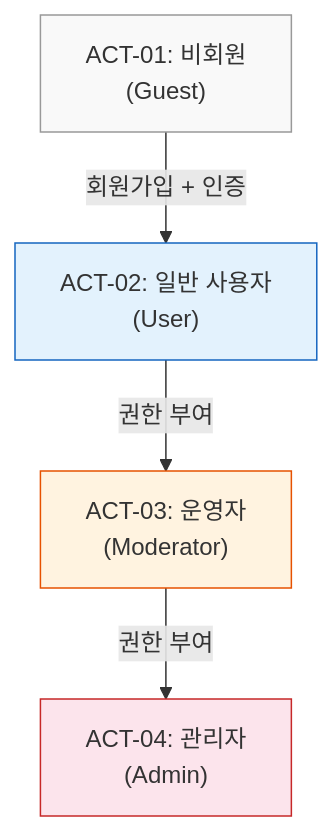
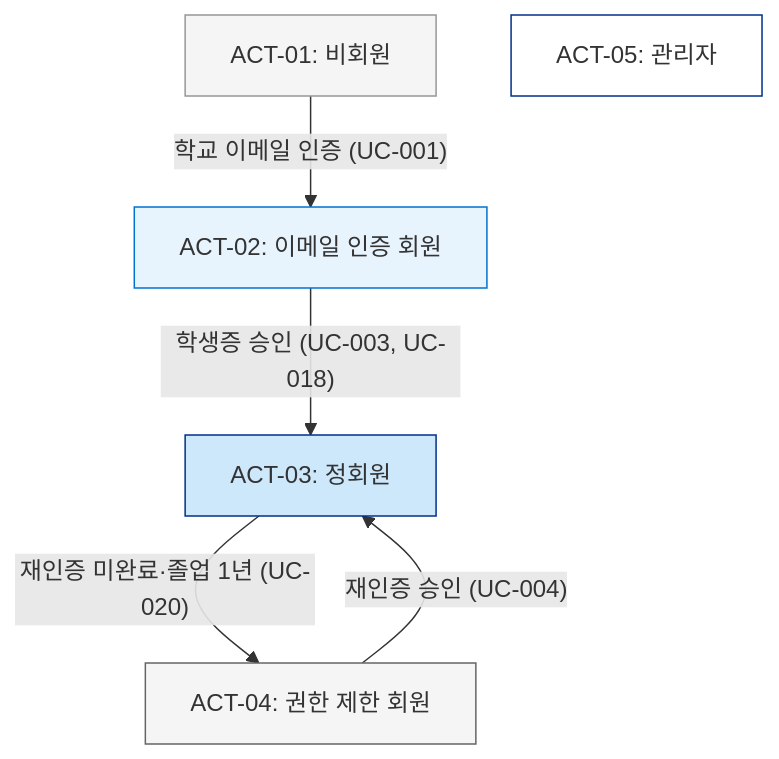
One commit to yuna14742/sookbak-sookbak changed the third of 3 diagrams in waterfall/01-요구사항분석/유스케이스명세서.md. Above: the diagram before and after it, drawn with Mermaid. The commit also changed other lines of this file and 2 other files, not shown here.

````diff
--- a/waterfall/01-요구사항분석/유스케이스명세서.md
+++ b/waterfall/01-요구사항분석/유스케이스명세서.md
@@ -151,16 +162,19 @@
 ```mermaid
 flowchart TB
-    GUEST["ACT-01: 비회원\n(Guest)"]
-    USER["ACT-02: 일반 사용자\n(User)"]
-    MOD["ACT-03: 운영자\n(Moderator)"]
-    ADMIN["ACT-04: 관리자\n(Admin)"]
+    GUEST["ACT-01: 비회원"]
+    EMAIL["ACT-02: 이메일 인증 회원"]
+    MEMBER["ACT-03: 정회원"]
+    RESTRICT["ACT-04: 권한 제한 회원"]
+    ADMIN["ACT-05: 관리자"]
 
-    GUEST -->|"회원가입 + 인증"| USER
-    USER -->|"권한 부여"| MOD
-    MOD -->|"권한 부여"| ADMIN
+    GUEST -->|"학교 이메일 인증 (UC-001)"| EMAIL
+    EMAIL -->|"학생증 승인 (UC-003, UC-018)"| MEMBER
+    MEMBER -->|"재인증 미완료·졸업 1년 (UC-020)"| RESTRICT
+    RESTRICT -->|"재인증 승인 (UC-004)"| MEMBER
 
-    style GUEST fill:#f9f9f9,stroke:#999
-    style USER fill:#e3f2fd,stroke:#1565c0
-    style MOD fill:#fff3e0,stroke:#e65100
-    style ADMIN fill:#fce4ec,stroke:#c62828
+    style GUEST fill:#F5F5F5,stroke:#979797
+    style EMAIL fill:#E8F4FD,stroke:#0072CE
+    style MEMBER fill:#CDE7FB,stroke:#003087
+    style RESTRICT fill:#F5F5F5,stroke:#656565
+    style ADMIN fill:#FFFFFF,stroke:#003087
 ```
````
